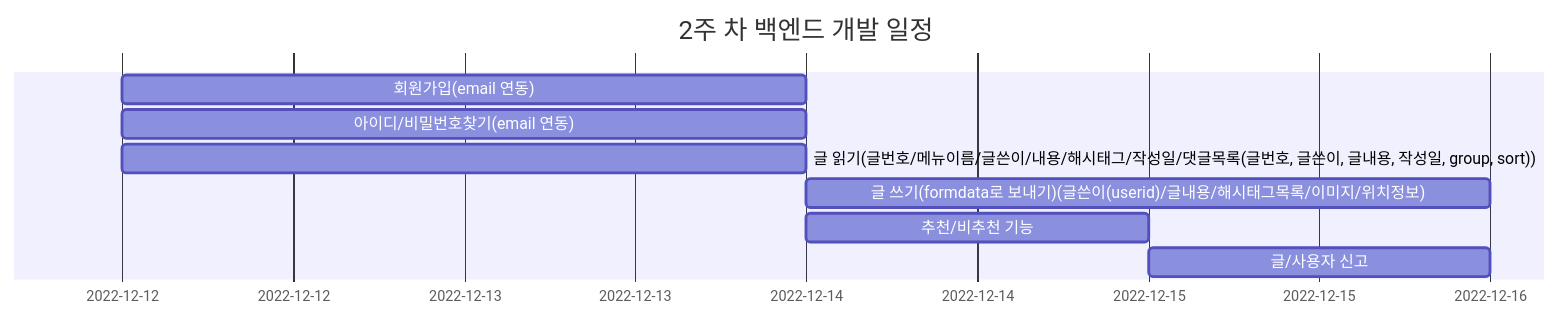
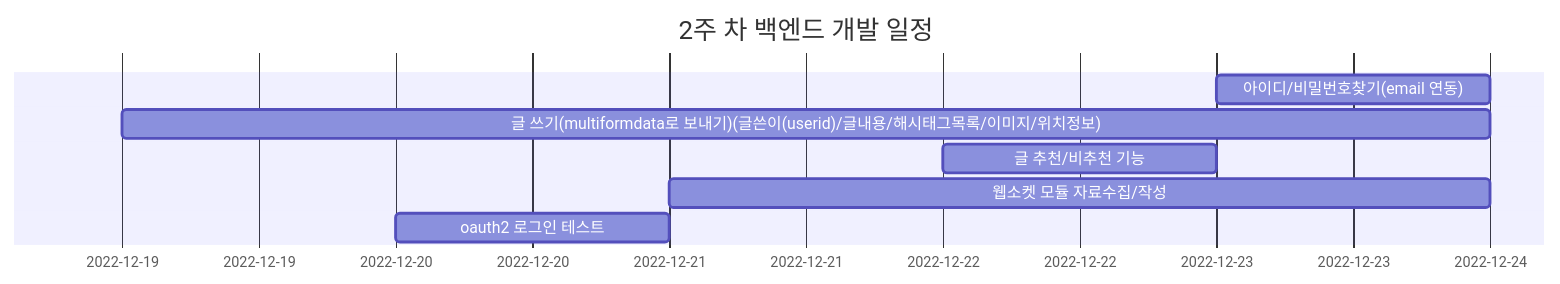
The first of 2 diagrams in profile/README.md (TEAM-ACO/.github), drawn with Mermaid before and after one commit. The commit also changed other lines of this file, not shown here.

````diff
--- a/profile/README.md
+++ b/profile/README.md
@@ -1,12 +1,11 @@
 ```mermaid
 gantt
     title 2주 차 백엔드 개발 일정
     dateFormat  YYYY-MM-DD
-
-    회원가입(email 연동)           : a1, 2022-12-12, 2d
-    아이디/비밀번호찾기(email 연동)           :a1,  2022-12-12, 2d
-    글 읽기(글번호/메뉴이름/글쓴이/내용/해시태그/작성일/댓글목록(글번호, 글쓴이, 글내용, 작성일, group, sort)) : a1, 2022-12-12, 2d
-    글 쓰기(formdata로 보내기)(글쓴이(userid)/글내용/해시태그목록/이미지/위치정보) : a1, 2022-12-14, 2d
-    추천/비추천 기능 : a1, 2022-12-14, 1d
-    글/사용자 신고: a1, 2022-12-15, 1d
+    
+    아이디/비밀번호찾기(email 연동)           :a1,  2022-12-23, 1d
+    글 쓰기(multiformdata로 보내기)(글쓴이(userid)/글내용/해시태그목록/이미지/위치정보) : a1, 2022-12-19, 5d
+    글 추천/비추천 기능 : a1, 2022-12-22, 1d
+    웹소켓 모듈 자료수집/작성: a1, 2022-12-21, 3d
+    oauth2 로그인 테스트 :a1, 2022-12-20, 1d
 ```    
````
